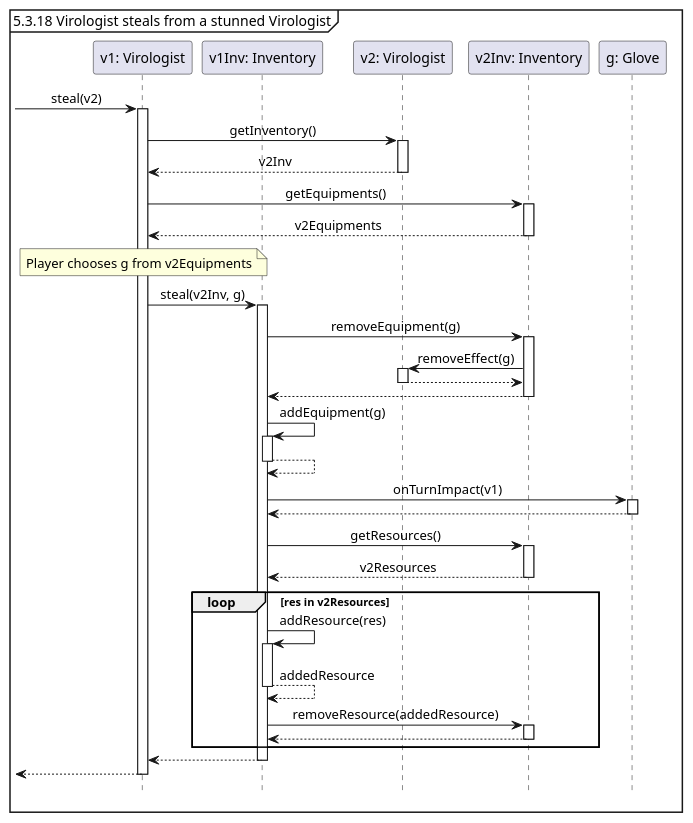
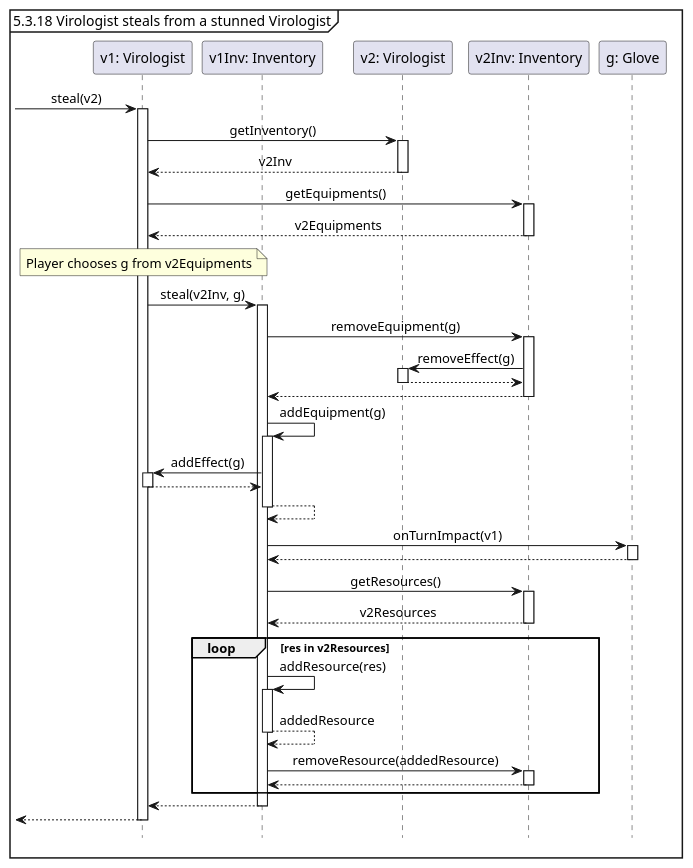
Before and after one commit to Tschonti/503-service-unavailable: the diagram in docs/testCases/sequences/robVirologist.puml, drawn with PlantUML. The commit also changed 6 other files, not shown here.

```diff
--- a/docs/testCases/sequences/robVirologist.puml
+++ b/docs/testCases/sequences/robVirologist.puml
@@ -1,46 +1,48 @@
 @startuml
 'https://plantuml.com/sequence-diagram
 
 hide footbox
 skinparam sequenceMessageAlign center
 
 mainframe 5.3.18 Virologist steals from a stunned Virologist
 
 participant "v1: Virologist" as v1
 participant "v1Inv: Inventory" as v1Inv
 participant "v2: Virologist" as v2
 participant "v2Inv: Inventory" as v2Inv
 participant "g: Glove" as g
 
 -> v1 ++ : steal(v2)
     v1 -> v2 ++ : getInventory()
     return v2Inv
 
     v1 -> v2Inv ++ : getEquipments()
     return v2Equipments
     note over v1: Player chooses g from v2Equipments
 
     v1 -> v1Inv ++ : steal(v2Inv, g)
         v1Inv -> v2Inv ++ : removeEquipment(g)
             v2Inv -> v2 ++ : removeEffect(g)
             return
         return
         v1Inv -> v1Inv ++ : addEquipment(g)
+            v1Inv -> v1 ++ : addEffect(g)
+            return
         return
         v1Inv -> g ++ : onTurnImpact(v1)
         return
 
         v1Inv -> v2Inv ++ : getResources()
         return v2Resources
 
         loop res in v2Resources
             v1Inv -> v1Inv ++ : addResource(res)
             return addedResource
             v1Inv -> v2Inv ++ : removeResource(addedResource)
             return
         end
 
     return
 return
 
 @enduml
```
